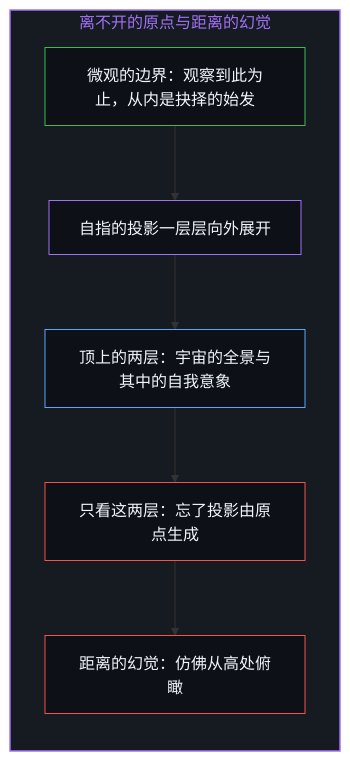
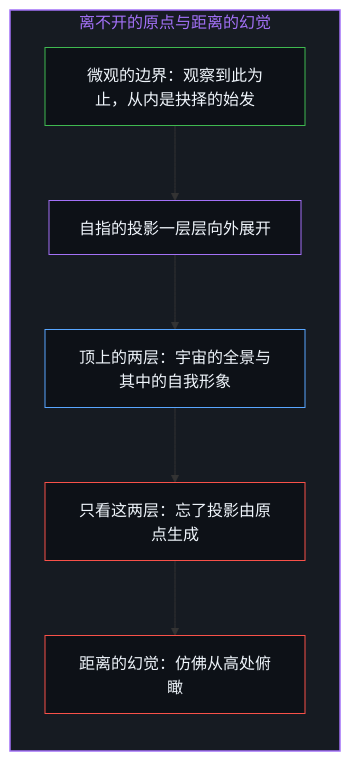
The first of 12 diagrams in content/posts/the-illusion-of-distance-and-the-dual-ruler.md (powerpig99/not-a-toe), drawn with Mermaid before and after one commit. The commit also changed other lines of this file and 3 other files, not shown here.

````diff
--- a/content/posts/the-illusion-of-distance-and-the-dual-ruler.md
+++ b/content/posts/the-illusion-of-distance-and-the-dual-ruler.md
@@ -25,22 +25,22 @@
 ```mermaid
 flowchart TD
     subgraph S_Origin["离不开的原点与距离的幻觉"]
         direction TB
         Wall["微观的边界：观察到此为止，从内是抉择的始发"]
         Layers["自指的投影一层层向外展开"]
-        Top["顶上的两层：宇宙的全景与其中的自我意象"]
+        Top["顶上的两层：宇宙的全景与其中的自我形象"]
         Forget["只看这两层：忘了投影由原点生成"]
         Dist["距离的幻觉：仿佛从高处俯瞰"]
         Wall --> Layers
         Layers --> Top
         Top --> Forget
         Forget --> Dist
     end
 
     style S_Origin fill:#161b22,stroke:#a371f7,stroke-width:1.5px,color:#a371f7
     style Wall fill:#0d1117,stroke:#3fb950,stroke-width:1px,color:#f0f6fc
     style Layers fill:#0d1117,stroke:#a371f7,stroke-width:1px,color:#f0f6fc
     style Top fill:#0d1117,stroke:#58a6ff,stroke-width:1px,color:#f0f6fc
     style Forget fill:#0d1117,stroke:#f85149,stroke-width:1px,color:#f0f6fc
     style Dist fill:#0d1117,stroke:#f85149,stroke-width:1px,color:#f0f6fc
 ```
````
